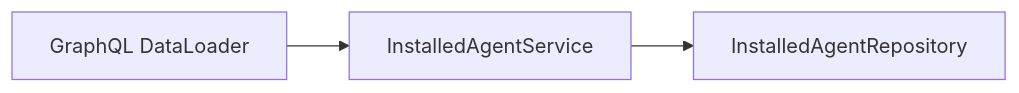
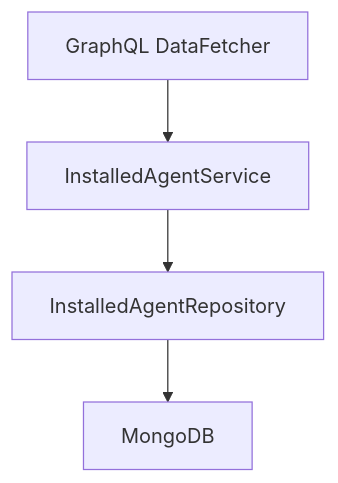
One commit to flamingo-stack/openframe-oss-lib changed the eighth of 10 diagrams in docs/reference/architecture/api-lib-contracts/api-lib-contracts.md. Above: the diagram before and after it, drawn with Mermaid. The commit also changed other lines of this file and 172 other files, not shown here.

````diff
--- a/docs/reference/architecture/api-lib-contracts/api-lib-contracts.md
+++ b/docs/reference/architecture/api-lib-contracts/api-lib-contracts.md
@@ -309,5 +306,6 @@
 ```mermaid
-flowchart LR
-    DataLoader["GraphQL DataLoader"] --> InstalledAgentService
-    InstalledAgentService --> InstalledAgentRepository
+flowchart TD
+    DataFetcher["GraphQL DataFetcher"] --> InstalledAgentService
+    InstalledAgentService --> Repo["InstalledAgentRepository"]
+    Repo --> Mongo["MongoDB"]
 ```
````
